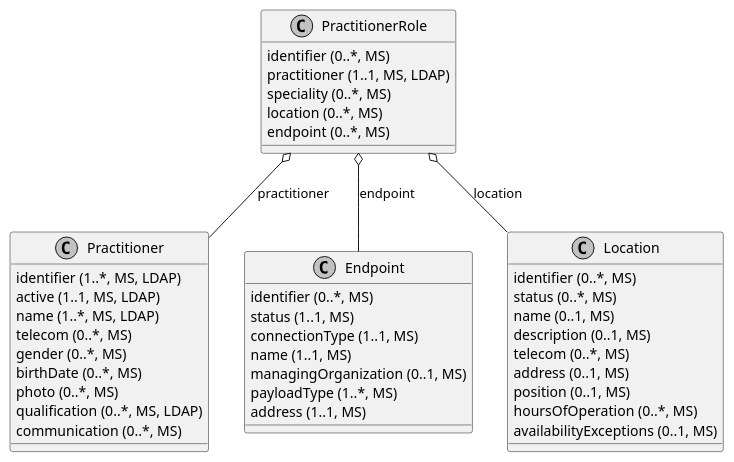
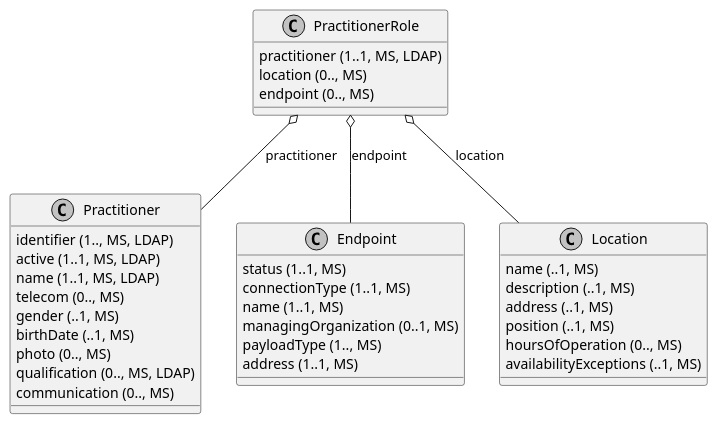
Before and after one commit to gematik/api-vzd: the diagram in src/plantuml/ClassDiagram.PractitionerRole.puml, drawn with PlantUML. The commit also changed 97 other files, not shown here.

```diff
--- a/src/plantuml/ClassDiagram.PractitionerRole.puml
+++ b/src/plantuml/ClassDiagram.PractitionerRole.puml
@@ -1,45 +1,39 @@
 @startuml ClassDiagram.PractitionerRole
 skinparam monochrome true
 class PractitionerRole {
-  {field} identifier (0..*, MS)
   {field} practitioner (1..1, MS, LDAP)
-  {field} speciality (0..*, MS)
-  {field} location (0..*, MS)
-  {field} endpoint (0..*, MS)
+  {field} location (0.., MS)
+  {field} endpoint (0.., MS)
 }
 class Practitioner {
-  {field} identifier (1..*, MS, LDAP)
+  {field} identifier (1.., MS, LDAP)
   {field} active (1..1, MS, LDAP)
-  {field} name (1..*, MS, LDAP)
-  {field} telecom (0..*, MS)
-  {field} gender (0..*, MS)
-  {field} birthDate (0..*, MS)
-  {field} photo (0..*, MS)
-  {field} qualification (0..*, MS, LDAP)
-  {field} communication (0..*, MS)
+  {field} name (1..1, MS, LDAP)
+  {field} telecom (0.., MS)
+  {field} gender (..1, MS)
+  {field} birthDate (..1, MS)
+  {field} photo (0.., MS)
+  {field} qualification (0.., MS, LDAP)
+  {field} communication (0.., MS)
 }
 class Endpoint {
-  {field} identifier (0..*, MS)
   {field} status (1..1, MS)
   {field} connectionType (1..1, MS)
   {field} name (1..1, MS)
   {field} managingOrganization (0..1, MS)
-  {field} payloadType (1..*, MS)
+  {field} payloadType (1.., MS)
   {field} address (1..1, MS)
 }
 class Location {
-  {field} identifier (0..*, MS)
-  {field} status (0..*, MS)
-  {field} name (0..1, MS)
-  {field} description (0..1, MS)
-  {field} telecom (0..*, MS)
-  {field} address (0..1, MS)
-  {field} position (0..1, MS)
-  {field} hoursOfOperation (0..*, MS)
-  {field} availabilityExceptions (0..1, MS)
+  {field} name (..1, MS)
+  {field} description (..1, MS)
+  {field} address (..1, MS)
+  {field} position (..1, MS)
+  {field} hoursOfOperation (0.., MS)
+  {field} availabilityExceptions (..1, MS)
 }
 
 PractitionerRole o-- Practitioner: practitioner
 PractitionerRole o-- Endpoint: endpoint
 PractitionerRole o-- Location: location
 @enduml
```
